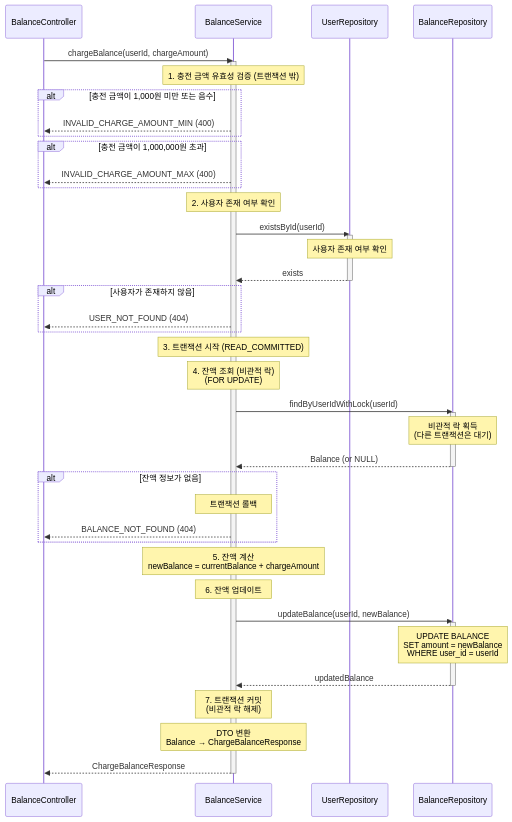
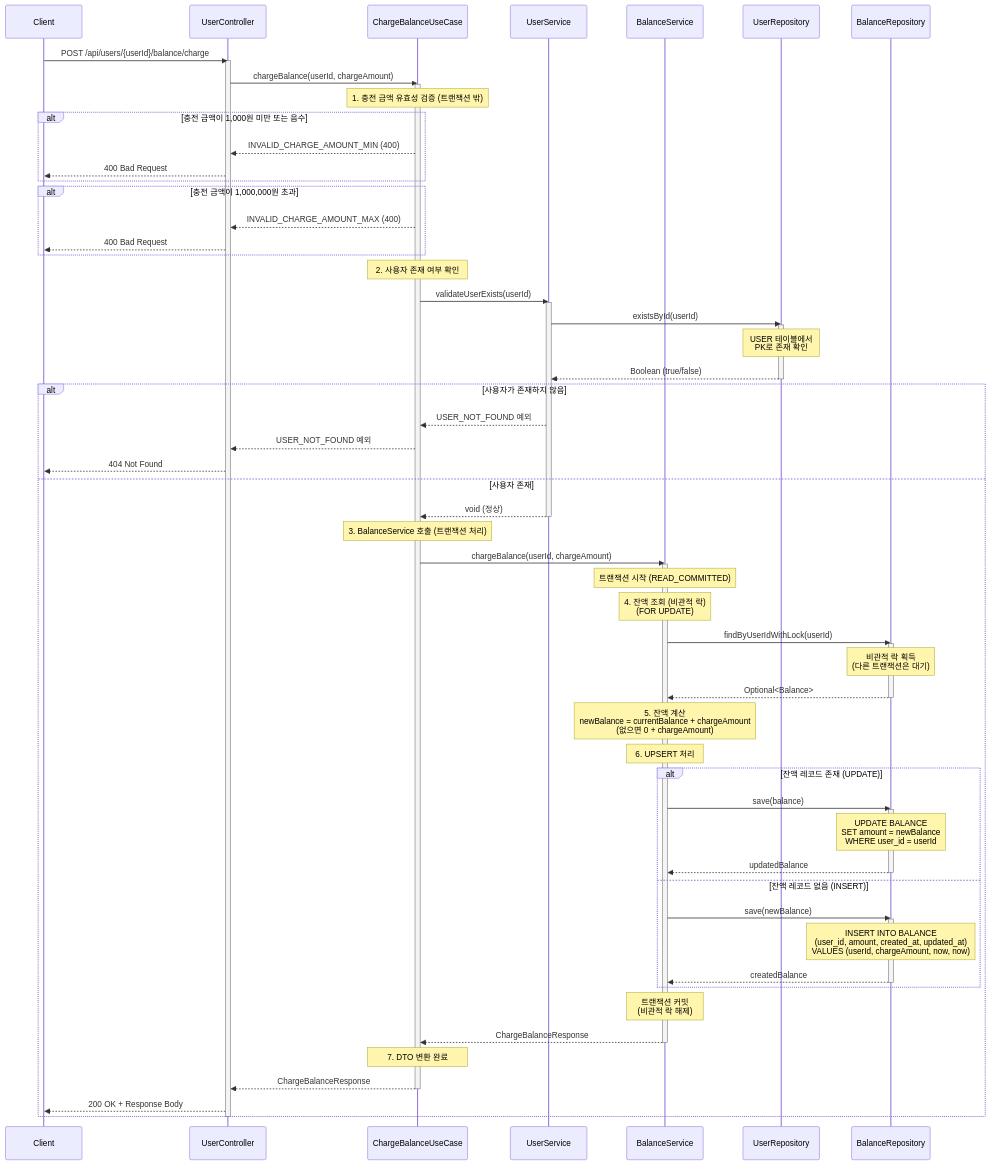
One commit to edit8080/commerce-api changed the diagram in docs/api/user/charge-balance.md. Above: the diagram before and after it, drawn with Mermaid. The commit also changed other lines of this file and 22 other files, not shown here.

````diff
--- a/docs/api/user/charge-balance.md
+++ b/docs/api/user/charge-balance.md
@@ -210,64 +212,94 @@
 ```mermaid
 sequenceDiagram
-    participant Controller as BalanceController
-    participant Service as BalanceService
+    participant Client as Client
+    participant Controller as UserController
+    participant UseCase as ChargeBalanceUseCase
+    participant UserService as UserService
+    participant BalanceService as BalanceService
     participant UserRepo as UserRepository
     participant BalanceRepo as BalanceRepository
 
-    Controller->>Service: chargeBalance(userId, chargeAmount)
-    activate Service
+    Client->>Controller: POST /api/users/{userId}/balance/charge
+    activate Controller
 
-    Note over Service: 1. 충전 금액 유효성 검증 (트랜잭션 밖)
+    Controller->>UseCase: chargeBalance(userId, chargeAmount)
+    activate UseCase
+
+    Note over UseCase: 1. 충전 금액 유효성 검증 (트랜잭션 밖)
 
     alt 충전 금액이 1,000원 미만 또는 음수
-        Service-->>Controller: INVALID_CHARGE_AMOUNT_MIN (400)
+        UseCase-->>Controller: INVALID_CHARGE_AMOUNT_MIN (400)
+        Controller-->>Client: 400 Bad Request
     end
 
     alt 충전 금액이 1,000,000원 초과
-        Service-->>Controller: INVALID_CHARGE_AMOUNT_MAX (400)
+        UseCase-->>Controller: INVALID_CHARGE_AMOUNT_MAX (400)
+        Controller-->>Client: 400 Bad Request
     end
 
-    Note over Service: 2. 사용자 존재 여부 확인
+    Note over UseCase: 2. 사용자 존재 여부 확인
 
-    Service->>UserRepo: existsById(userId)
+    UseCase->>UserService: validateUserExists(userId)
+    activate UserService
+
+    UserService->>UserRepo: existsById(userId)
     activate UserRepo
-    Note over UserRepo: 사용자 존재 여부 확인
-    UserRepo-->>Service: exists
+    Note over UserRepo: USER 테이블에서<br/>PK로 존재 확인
+    UserRepo-->>UserService: Boolean (true/false)
     deactivate UserRepo
 
     alt 사용자가 존재하지 않음
-        Service-->>Controller: USER_NOT_FOUND (404)
+        UserService-->>UseCase: USER_NOT_FOUND 예외
+        UseCase-->>Controller: USER_NOT_FOUND 예외
+        Controller-->>Client: 404 Not Found
+    else 사용자 존재
+        UserService-->>UseCase: void (정상)
+        deactivate UserService
+
+        Note over UseCase: 3. BalanceService 호출 (트랜잭션 처리)
+
+    UseCase->>BalanceService: chargeBalance(userId, chargeAmount)
+    activate BalanceService
+
+    Note over BalanceService: 트랜잭션 시작 (READ_COMMITTED)
+
+    Note over BalanceService: 4. 잔액 조회 (비관적 락)<br/>(FOR UPDATE)
+
+        BalanceService->>BalanceRepo: findByUserIdWithLock(userId)
+        activate BalanceRepo
+        Note over BalanceRepo: 비관적 락 획득<br/>(다른 트랜잭션은 대기)
+        BalanceRepo-->>BalanceService: Optional<Balance>
+        deactivate BalanceRepo
+
+        Note over BalanceService: 5. 잔액 계산<br/>newBalance = currentBalance + chargeAmount<br/>(없으면 0 + chargeAmount)
+
+        Note over BalanceService: 6. UPSERT 처리
+
+        alt 잔액 레코드 존재 (UPDATE)
+            BalanceService->>BalanceRepo: save(balance)
+            activate BalanceRepo
+            Note over BalanceRepo: UPDATE BALANCE<br/>SET amount = newBalance<br/>WHERE user_id = userId
+            BalanceRepo-->>BalanceService: updatedBalance
+            deactivate BalanceRepo
+        else 잔액 레코드 없음 (INSERT)
+            BalanceService->>BalanceRepo: save(newBalance)
+            activate BalanceRepo
+            Note over BalanceRepo: INSERT INTO BALANCE<br/>(user_id, amount, created_at, updated_at)<br/>VALUES (userId, chargeAmount, now, now)
+            BalanceRepo-->>BalanceService: createdBalance
+            deactivate BalanceRepo
+        end
+
+        Note over BalanceService: 트랜잭션 커밋<br/>(비관적 락 해제)
+
+        BalanceService-->>UseCase: ChargeBalanceResponse
+        deactivate BalanceService
+
+        Note over UseCase: 7. DTO 변환 완료
+
+        UseCase-->>Controller: ChargeBalanceResponse
+        deactivate UseCase
+
+        Controller-->>Client: 200 OK + Response Body
     end
-
-    Note over Service: 3. 트랜잭션 시작 (READ_COMMITTED)
-
-    Note over Service: 4. 잔액 조회 (비관적 락)<br/>(FOR UPDATE)
-
-    Service->>BalanceRepo: findByUserIdWithLock(userId)
-    activate BalanceRepo
-    Note over BalanceRepo: 비관적 락 획득<br/>(다른 트랜잭션은 대기)
-    BalanceRepo-->>Service: Balance (or NULL)
-    deactivate BalanceRepo
-
-    alt 잔액 정보가 없음
-        Note over Service: 트랜잭션 롤백
-        Service-->>Controller: BALANCE_NOT_FOUND (404)
-    end
-
-    Note over Service: 5. 잔액 계산<br/>newBalance = currentBalance + chargeAmount
-
-    Note over Service: 6. 잔액 업데이트
-
-    Service->>BalanceRepo: updateBalance(userId, newBalance)
-    activate BalanceRepo
-    Note over BalanceRepo: UPDATE BALANCE<br/>SET amount = newBalance<br/>WHERE user_id = userId
-    BalanceRepo-->>Service: updatedBalance
-    deactivate BalanceRepo
-
-    Note over Service: 7. 트랜잭션 커밋<br/>(비관적 락 해제)
-
-    Note over Service: DTO 변환<br/>Balance → ChargeBalanceResponse
-
-    Service-->>Controller: ChargeBalanceResponse
-    deactivate Service
+    deactivate Controller
 ```
````
